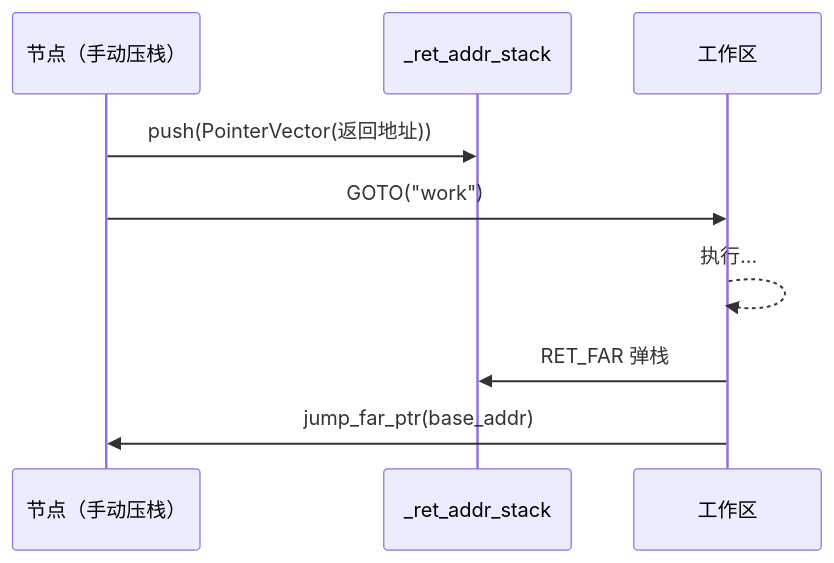
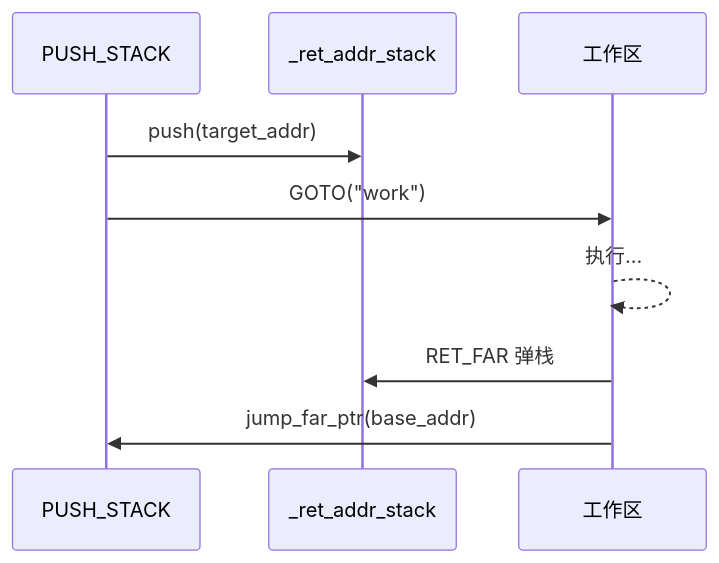
Before and after one commit to AmritaBot/AmritaSense: the diagram in docs/zh/guide/practice/manual-stack-management.md, drawn with Mermaid. The commit also changed other lines of this file and 12 other files, not shown here.

Commit message:
feat: add PUSH_STACK instruction for manual stack push in composition chains.

````diff
--- a/docs/zh/guide/practice/manual-stack-management.md
+++ b/docs/zh/guide/practice/manual-stack-management.md
@@ -17,12 +17,12 @@
 ```mermaid
 sequenceDiagram
-    participant N as 节点（手动压栈）
+    participant N as PUSH_STACK
     participant S as _ret_addr_stack
     participant W as 工作区
 
-    N->>S: push(PointerVector(返回地址))
+    N->>S: push(target_addr)
     N->>W: GOTO("work")
     W-->>W: 执行...
     W->>S: RET_FAR 弹栈
     W->>N: jump_far_ptr(base_addr)
 ```
````
